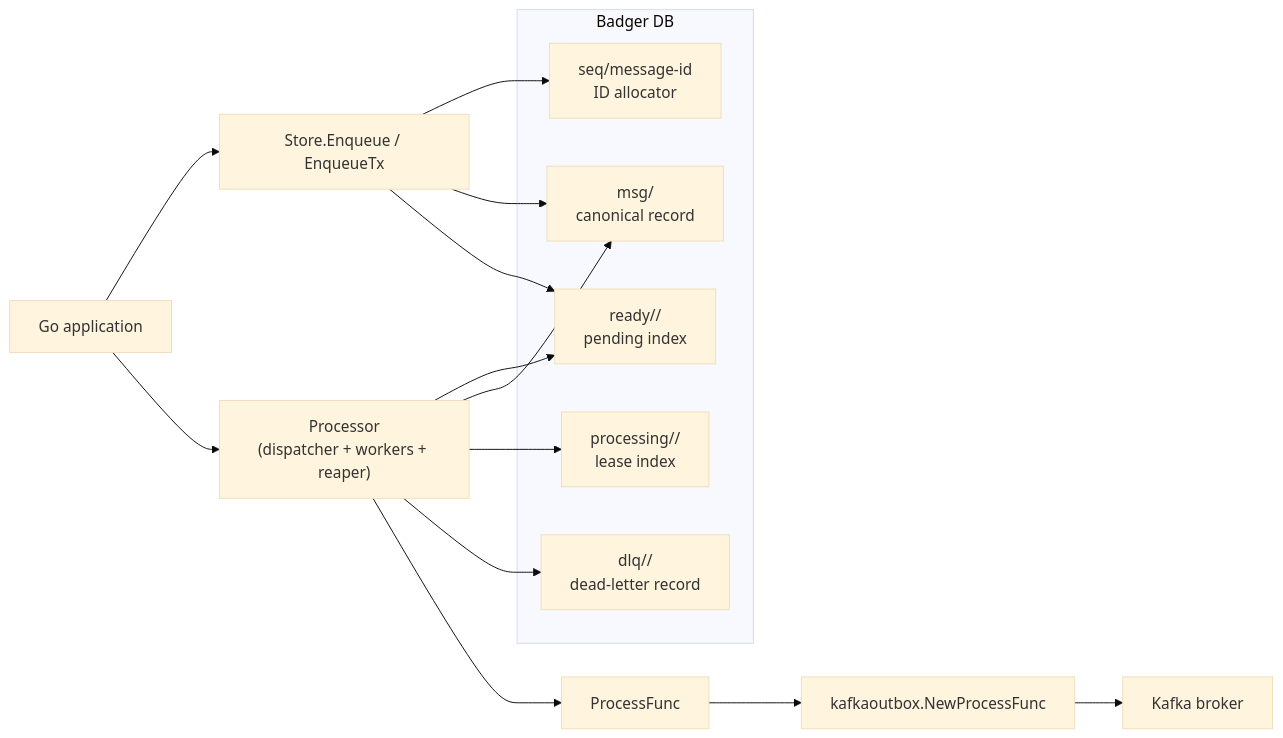
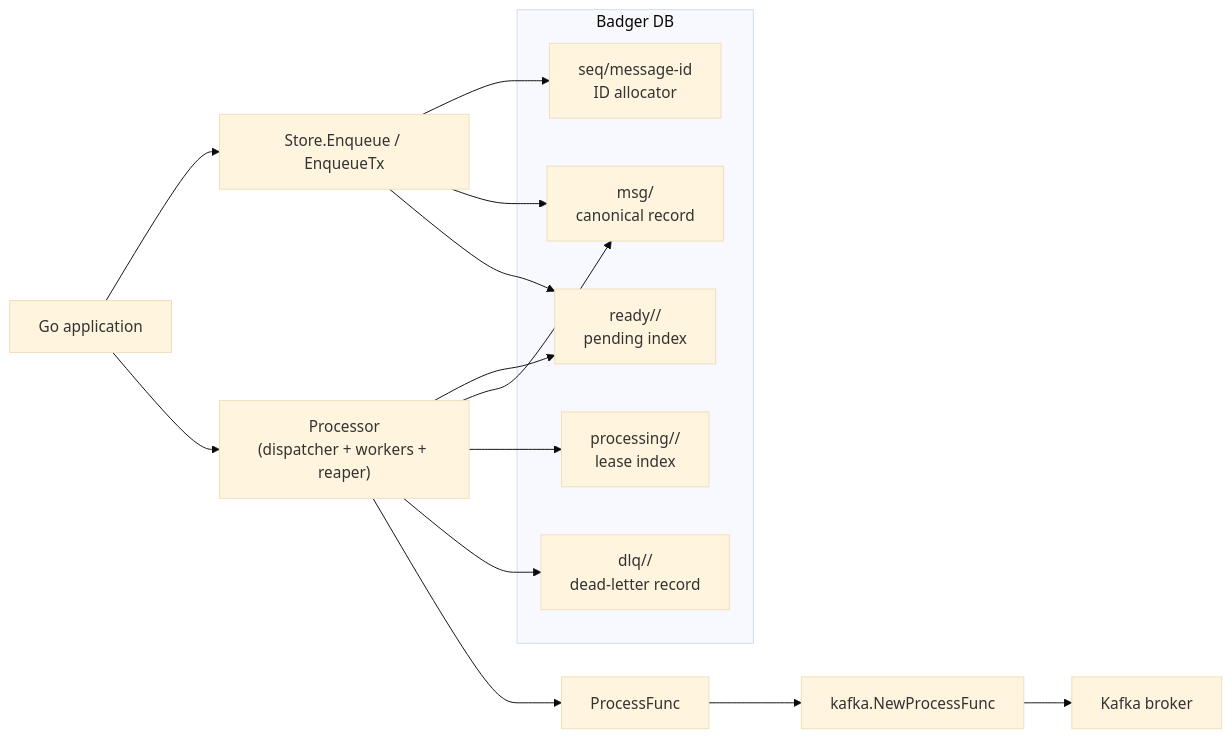
One commit to shawnstephens/badgerbox changed the first of 2 diagrams in README.md. Above: the diagram before and after it, drawn with Mermaid (base theme). The commit also changed other lines of this file and 40 other files, not shown here.

````diff
--- a/README.md
+++ b/README.md
@@ -42,31 +42,31 @@
 ```mermaid
 flowchart LR
     app["Go application"]
     producer["Store.Enqueue / EnqueueTx"]
     processor["Processor<br/>(dispatcher + workers + reaper)"]
     handler["ProcessFunc"]
-    kafka["kafkaoutbox.NewProcessFunc"]
+    kafka["kafka.NewProcessFunc"]
 
     subgraph badger["Badger DB"]
         msg["msg/<id><br/>canonical record"]
         ready["ready/<availableAt>/<id><br/>pending index"]
         processing["processing/<leaseUntil>/<id><br/>lease index"]
         dlq["dlq/<failedAt>/<id><br/>dead-letter record"]
         seq["seq/message-id<br/>ID allocator"]
     end
 
     app --> producer
     app --> processor
     producer --> seq
     producer --> msg
     producer --> ready
 
     processor --> ready
     processor --> msg
     processor --> processing
     processor --> dlq
 
     processor --> handler
     handler --> kafka
     kafka --> broker["Kafka broker"]
 ```
````
